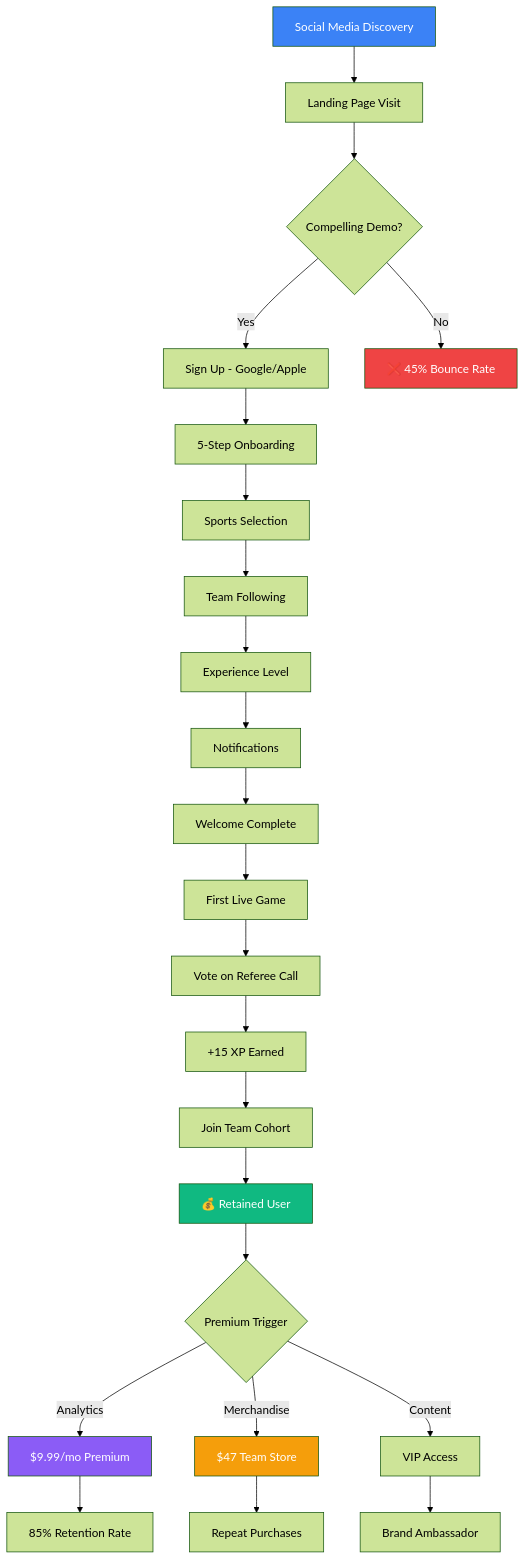
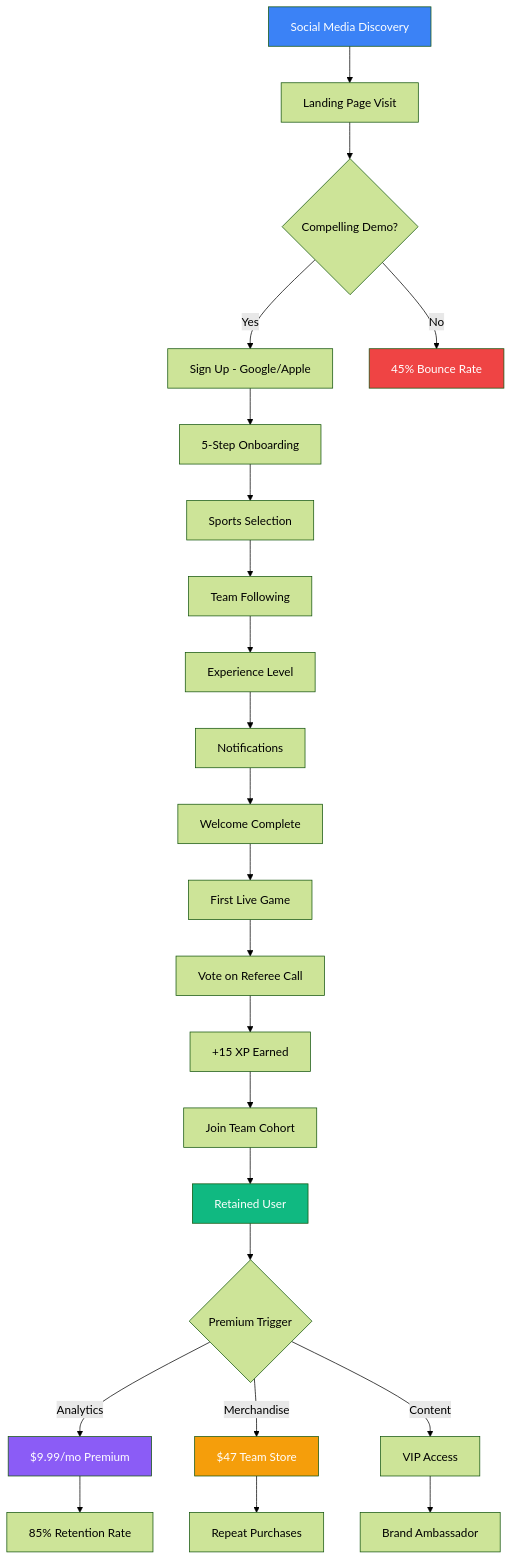
Before and after one commit to SkaFld-Ignite/ref-u-wireframes: the first of 9 diagrams in docs/investor-flows.md, drawn with Mermaid (forest theme). The commit also changed other lines of this file and 8 other files, not shown here.

````diff
--- a/docs/investor-flows.md
+++ b/docs/investor-flows.md
@@ -11,35 +11,35 @@
 ```mermaid
 graph TD
     A[Social Media Discovery] --> B[Landing Page Visit]
     B --> C{Compelling Demo?}
     C -->|Yes| D[Sign Up - Google/Apple]
-    C -->|No| X[❌ 45% Bounce Rate]
+    C -->|No| X[ 45% Bounce Rate]
     
     D --> E[5-Step Onboarding]
     E --> F[Sports Selection]
     F --> G[Team Following]
     G --> H[Experience Level]
     H --> I[Notifications]
     I --> J[Welcome Complete]
     
     J --> K[First Live Game]
     K --> L[Vote on Referee Call]
     L --> M[+15 XP Earned]
     M --> N[Join Team Cohort]
-    N --> O[💰 Retained User]
+    N --> O[ Retained User]
     
     O --> P{Premium Trigger}
     P -->|Analytics| Q[$9.99/mo Premium]
     P -->|Merchandise| R[$47 Team Store]
     P -->|Content| S[VIP Access]
     
     Q --> T[85% Retention Rate]
     R --> U[Repeat Purchases]
     S --> V[Brand Ambassador]
     
     style A fill:#3b82f6,color:white
     style O fill:#10b981,color:white
     style Q fill:#8b5cf6,color:white
     style R fill:#f59e0b,color:white
     style X fill:#ef4444,color:white
 ```
````
